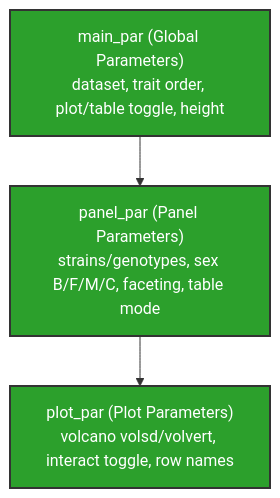
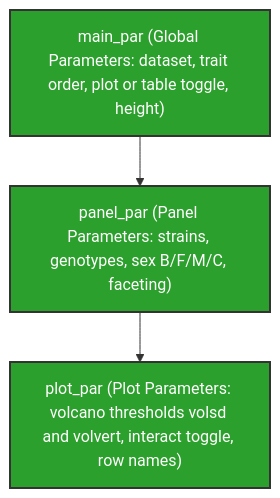
The diagram in vignettes/devel_guide/data_flow.Rmd (byandell-sysgen/foundrShiny), drawn with Mermaid before and after one commit. The commit also changed 1 other file, not shown here.

Commit message:
fix mermaid error

````diff
--- a/vignettes/devel_guide/data_flow.Rmd
+++ b/vignettes/devel_guide/data_flow.Rmd
@@ -57,12 +57,12 @@
 ```mermaid
 flowchart TD
-    main_par["main_par (Global Parameters)<br/>dataset, trait order, plot/table toggle, height"]
-    panel_par["panel_par (Panel Parameters)<br/>strains/genotypes, sex B/F/M/C, faceting, table mode"]
-    plot_par["plot_par (Plot Parameters)<br/>volcano volsd/volvert, interact toggle, row names"]
+    main_par["main_par (Global Parameters: dataset, trait order, plot or table toggle, height)"]
+    panel_par["panel_par (Panel Parameters: strains, genotypes, sex B/F/M/C, faceting)"]
+    plot_par["plot_par (Plot Parameters: volcano thresholds volsd and volvert, interact toggle, row names)"]
 
     main_par --> panel_par
     panel_par --> plot_par
 
     classDef param fill:#2ca02c,stroke:#333,stroke-width:2px,color:#fff
     class main_par,panel_par,plot_par param
 ```
````
